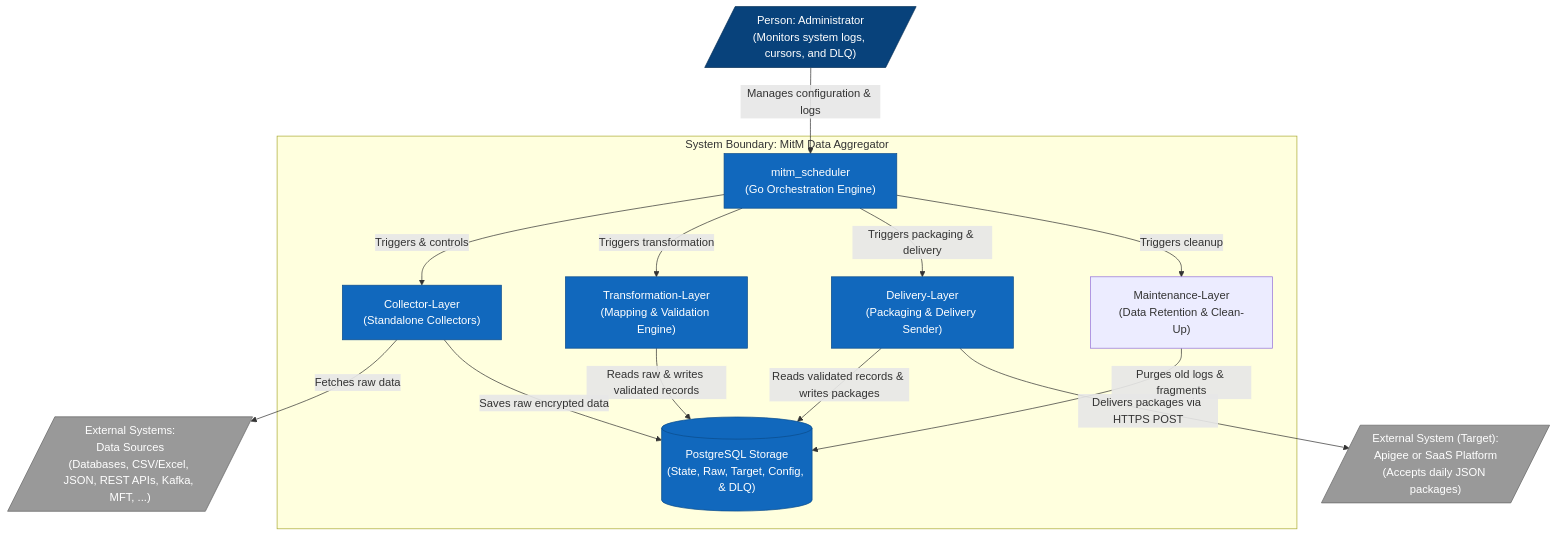
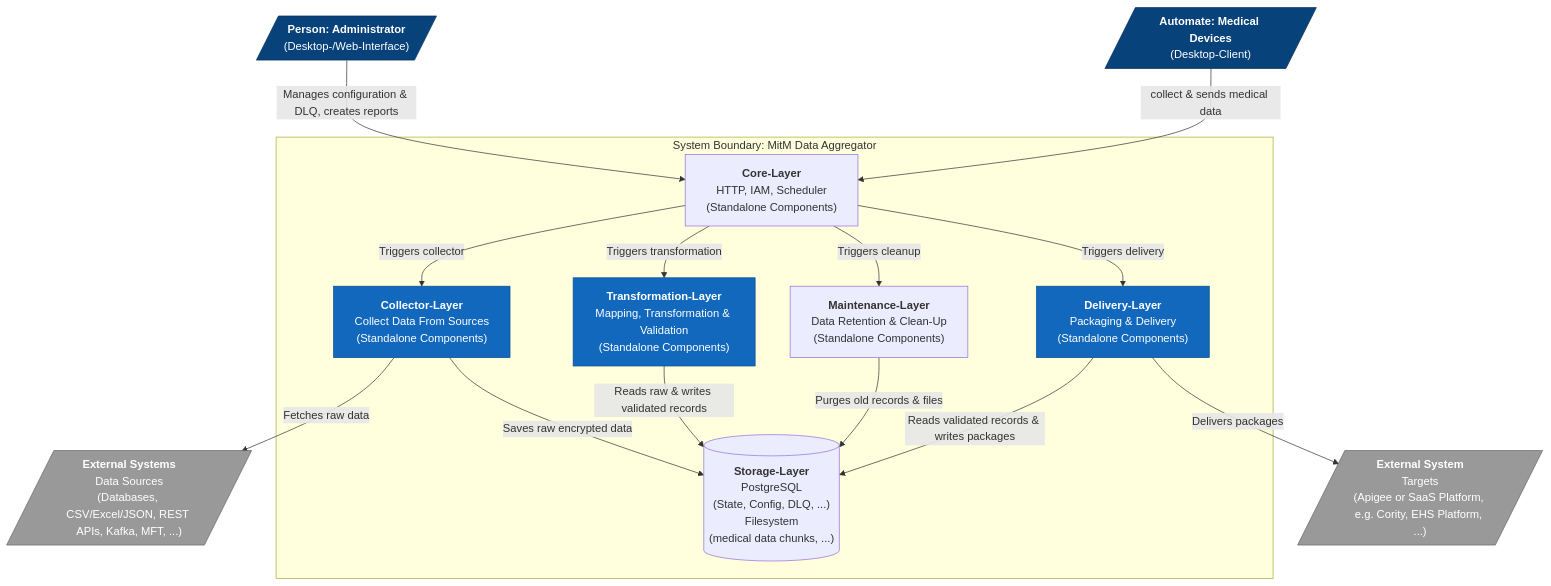
Before and after one commit to Zheng-Bote/mitm-2: the diagram in README.md, drawn with Mermaid. The commit also changed other lines of this file and 6 other files, not shown here.

````diff
--- a/README.md
+++ b/README.md
@@ -88,40 +89,42 @@
 ```mermaid
 flowchart TB
-    admin[/"Person: Administrator<br/>(Monitors system logs, cursors, and DLQ)"/]
+    admin[/"<b>Person: Administrator</b><br/>(Desktop-/Web-Interface)"/]
+    mta[/"<b>Automate: Medical Devices</b><br/>(Desktop-Client)"/]
 
     subgraph system ["System Boundary: MitM Data Aggregator"]
-        scheduler["mitm_scheduler<br/>(Go Orchestration Engine)"]
-        collector["Collector-Layer<br/>(Standalone Collectors)"]
-        transformer["Transformation-Layer<br/>(Mapping & Validation Engine)"]
-        delivery["Delivery-Layer<br/>(Packaging & Delivery Sender)"]
-        maintenance["Maintenance-Layer<br/>(Data Retention & Clean-Up)"]
-        db[("PostgreSQL Storage<br/>(State, Raw, Target, Config, & DLQ)")]
+        core["<b>Core-Layer</b><br/>HTTP, IAM, Scheduler<br/>(Standalone Components)"]
+        collector["<b>Collector-Layer</b><br/>Collect Data From Sources<br/>(Standalone Components)"]
+        transformer["<b>Transformation-Layer</b><br/>Mapping, Transformation & Validation<br/>(Standalone Components)"]
+        maintenance["<b>Maintenance-Layer</b><br/>Data Retention & Clean-Up<br/>(Standalone Components)"]
+        delivery["<b>Delivery-Layer</b><br/>Packaging & Delivery<br/>(Standalone Components)"]
+        storage[("<b>Storage-Layer</b><br/>PostgreSQL<br/>(State, Config, DLQ, ...)<br/>Filesystem<br/>(medical data chunks, ...)")]
     end
 
-    sources[/"External Systems:<br/>Data Sources<br/>(Databases, CSV/Excel, JSON, REST APIs, Kafka, MFT, ...)"/]
-    saas[/"External System (Target):<br/>Apigee or SaaS Platform<br/>(Accepts daily JSON packages)"/]
+    sources[/"<b>External Systems</b><br/>Data Sources<br/>(Databases, CSV/Excel/JSON, REST APIs, Kafka, MFT, ...)"/]
+    saas[/"<b>External System</b><br/>Targets<br/>(Apigee or SaaS Platform, e.g. Cority, EHS Platform, ...)"/]
 
-    admin -->|Manages configuration & logs| scheduler
-    scheduler -->|Triggers & controls| collector
-    scheduler -->|Triggers transformation| transformer
-    scheduler -->|Triggers packaging & delivery| delivery
-    scheduler -->|Triggers cleanup| maintenance
+    admin -->|Manages configuration & DLQ, creates reports| core
+    mta -->|collect & sends medical data| core
+    core -->|Triggers collector| collector
+    core -->|Triggers transformation| transformer
+    core -->|Triggers cleanup| maintenance
+    core -->|Triggers delivery| delivery
 
     collector -->|Fetches raw data| sources
-    collector -->|Saves raw encrypted data| db
+    collector -->|Saves raw encrypted data| storage
 
-    transformer -->|Reads raw & writes validated records| db
+    transformer -->|Reads raw & writes validated records| storage
 
-    delivery -->|Reads validated records & writes packages| db
-    delivery -->|Delivers packages via HTTPS POST| saas
+    delivery -->|Reads validated records & writes packages| storage
+    delivery -->|Delivers packages| saas
 
-    maintenance -->|Purges old logs & fragments| db
+    maintenance -->|Purges old records & files| storage
 
     classDef system fill:#1168bd,stroke:#0b4c8c,color:#fff;
     classDef external fill:#999999,stroke:#666666,color:#fff;
     classDef actor fill:#08427b,stroke:#052e56,color:#fff;
 
-    class scheduler,collector,transformer,delivery,db system;
+    class collector,transformer,delivery system;
     class sources,saas external;
-    class admin actor;
+    class admin,mta actor;
 ```
````
